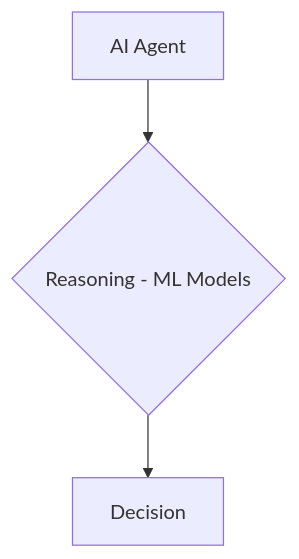
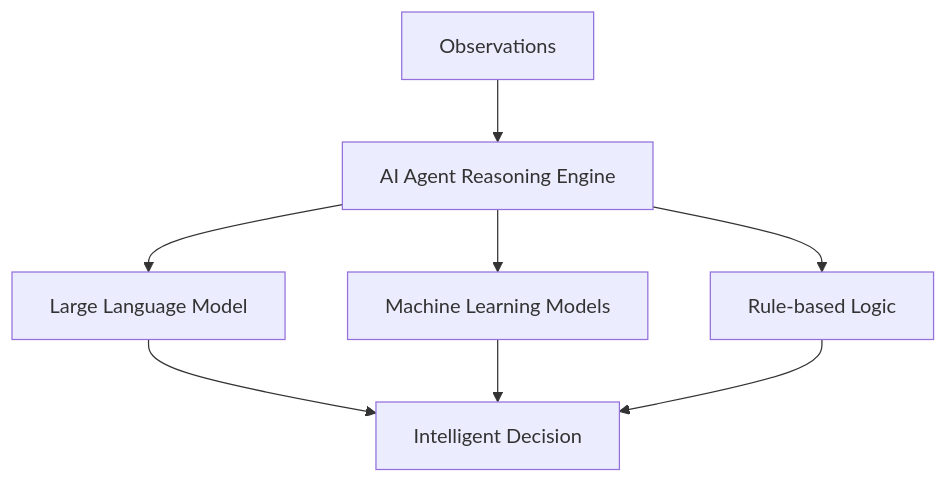
The second of 4 diagrams in reference/techniques/autogen/README.md (raphaelmansuy/digital_palace), drawn with Mermaid before and after one commit. The commit also changed other lines of this file and 6 other files, not shown here.

````diff
--- a/reference/techniques/autogen/README.md
+++ b/reference/techniques/autogen/README.md
@@ -20,5 +71,10 @@
 ```mermaid
 graph TD
-  B[AI Agent] --> C{Reasoning - ML Models}
-  C --> D[Decision]
+    A[Observations] --> B[AI Agent Reasoning Engine]
+    B --> C[Large Language Model]
+    B --> D[Machine Learning Models]
+    B --> E[Rule-based Logic]
+    C --> F[Intelligent Decision]
+    D --> F
+    E --> F
 ```
````
